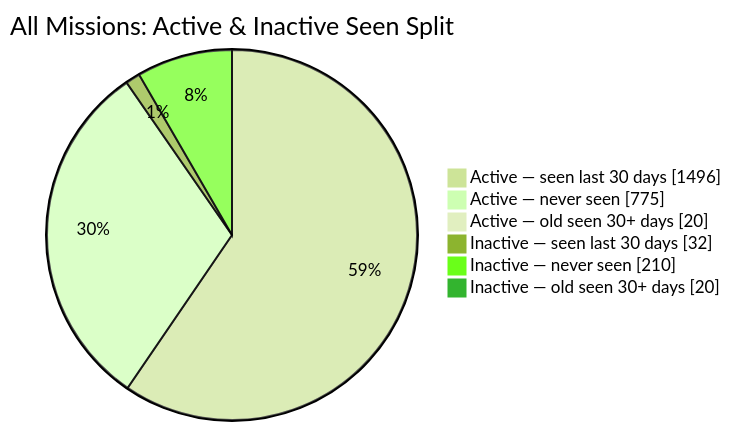
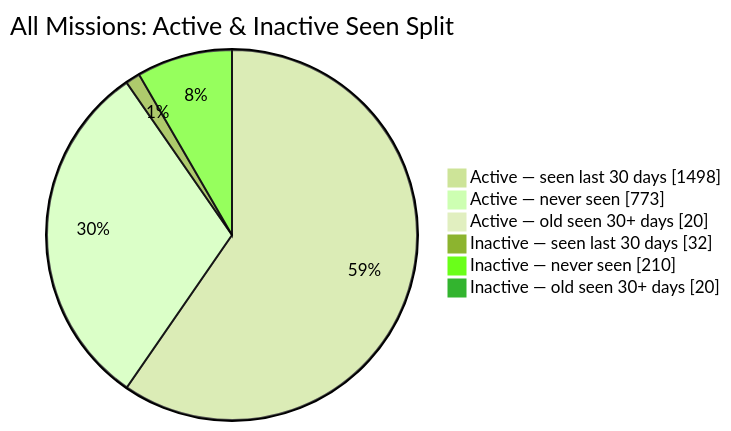
Before and after one commit to MeldkamerspelGameTeam/active-missions: the second of 2 diagrams in README.md, drawn with Mermaid (forest theme). The commit also changed other lines of this file and 3 other files, not shown here.

````diff
--- a/README.md
+++ b/README.md
@@ -44,10 +44,10 @@
 ```mermaid
 pie showData
     title All Missions: Active & Inactive Seen Split
-    "Active — seen last 30 days" : 1496
-    "Active — never seen" : 775
+    "Active — seen last 30 days" : 1498
+    "Active — never seen" : 773
     "Active — old seen 30+ days" : 20
     "Inactive — seen last 30 days" : 32
     "Inactive — never seen" : 210
     "Inactive — old seen 30+ days" : 20
 ```
````
